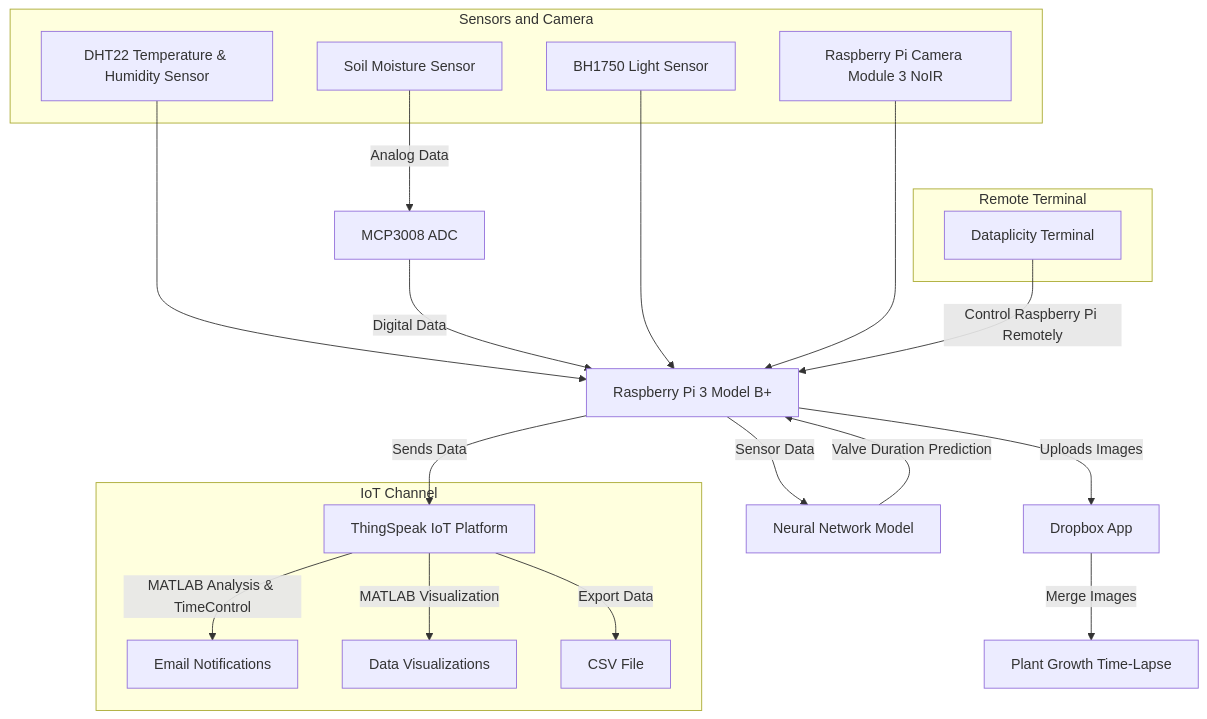
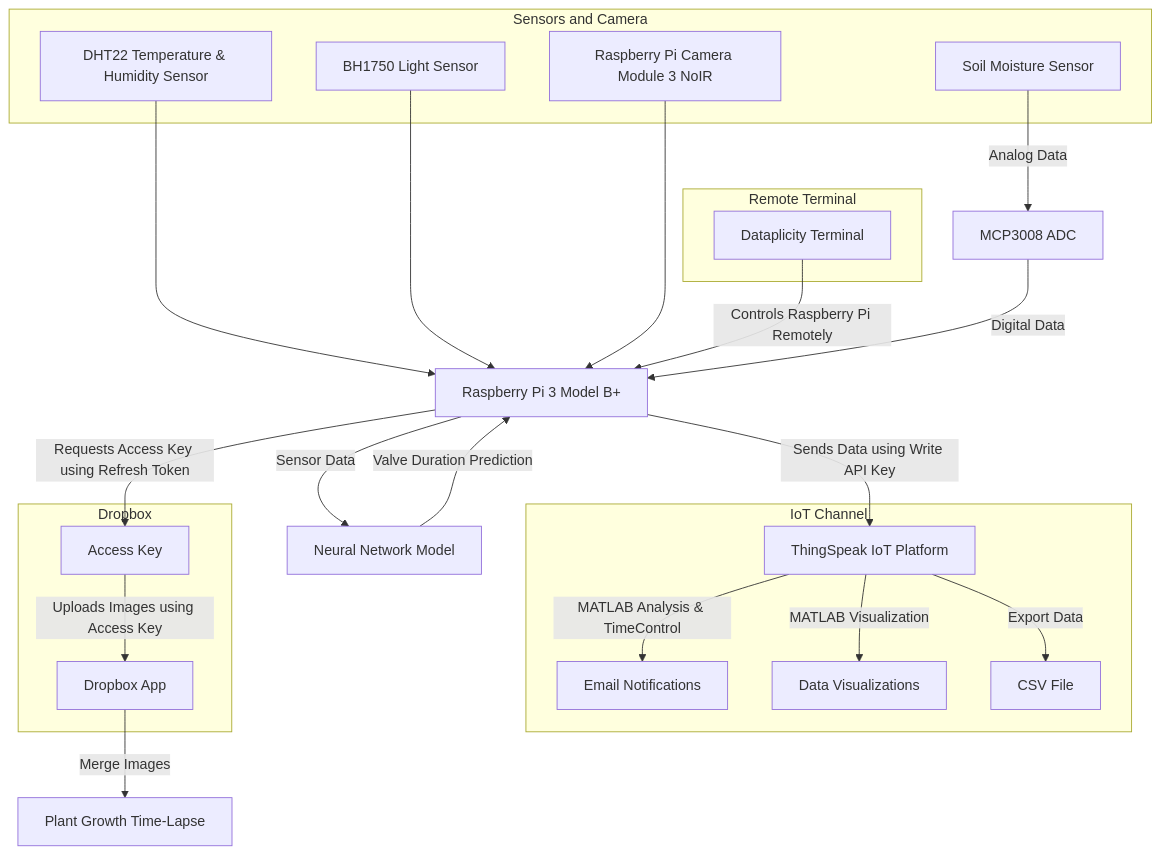
Before and after one commit to Gonzaleski/Smart-Watering-System: the diagram in README.md, drawn with Mermaid. The commit also changed other lines of this file, not shown here.

Commit message:
Update the workflow and replace the predictive model analysis

````diff
--- a/README.md
+++ b/README.md
@@ -38,39 +38,46 @@
 ```mermaid
 flowchart TD
     subgraph Sensors and Camera
         A1[Soil Moisture Sensor]
         A2[DHT22 Temperature & Humidity Sensor]
-        A4[BH1750 Light Sensor]
-        A5[Raspberry Pi Camera Module 3 NoIR]
+        A3[BH1750 Light Sensor]
+        A4[Raspberry Pi Camera Module 3 NoIR]
     end
 
     subgraph IoT Channel
-        C1[ThingSpeak IoT Platform]
-        F1[Email Notifications]
-        F2[Data Visualizations]
-        A5[Raspberry Pi Camera Module 3 NoIR]
-        C3[CSV File]
+        B1[ThingSpeak IoT Platform]
+        B2[Email Notifications]
+        B3[Data Visualizations]
+        B4[CSV File]
     end
 
     subgraph Remote Terminal
-        B2[Dataplicity Terminal]
+        C1[Dataplicity Terminal]
     end
 
-    A1 -->|Analog Data| A3[MCP3008 ADC]
-    A2 --> B1[Raspberry Pi 3 Model B+]
-    A3 -->|Digital Data| B1
-    A4 --> B1
-    A5 --> B1
+    subgraph Dropbox
+        D1[Access Key]
+        D2[Dropbox App]
+    end
 
-    B1 -->|Sends Data| C1
-    B1 -->|Uploads Images| C2[Dropbox App]
-    B1 -->|Sensor Data| D1[Neural Network Model]
-    B2 -->|Control Raspberry Pi Remotely| B1
+    A1 -->|Analog Data| Z1[MCP3008 ADC]
+    A2 --> Z2[Raspberry Pi 3 Model B+]
+    A3 --> Z2
+    A4 --> Z2
 
-    C1 -->|MATLAB Analysis & TimeControl| F1
-    C1 -->|MATLAB Visualization| F2
-    C1 -->|Export Data| C3
-    C2 -->|Merge Images| F3[Plant Growth Time-Lapse]
+    B1 -->|MATLAB Analysis & TimeControl| B2
+    B1 -->|MATLAB Visualization| B3
+    B1 -->|Export Data| B4
 
-    D1 -->|Valve Duration Prediction| B1
+    C1 -->|Controls Raspberry Pi Remotely| Z2
+
+    D1 -->|Uploads Images using Access Key| D2
+    D2 -->|Merge Images| F3[Plant Growth Time-Lapse]
+
+    E1 -->|Valve Duration Prediction| Z2
+
+    Z1 -->|Digital Data| Z2
+    Z2 -->|Sends Data using Write API Key| B1
+    Z2 -->|Requests Access Key using Refresh Token| D1
+    Z2 -->|Sensor Data| E1[Neural Network Model]
 ```
````
